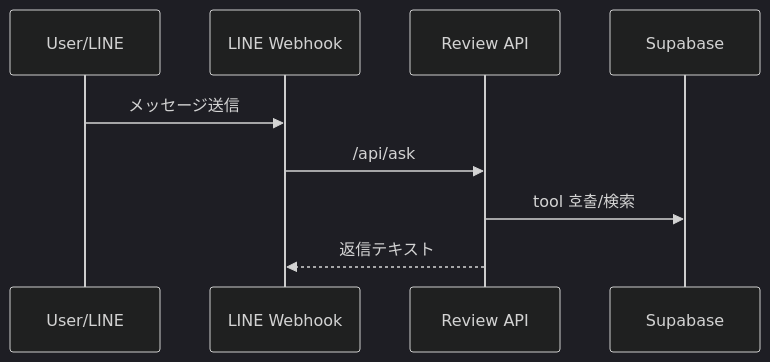
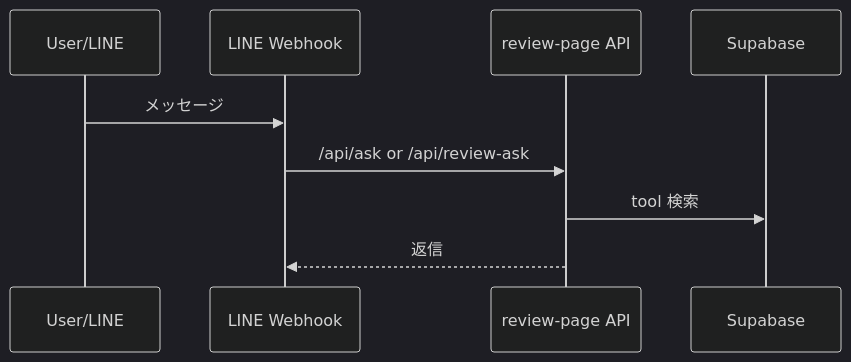
Before and after one commit to lego0509/campus-ai: the diagram in wiki/07-APIドキュメント.md, drawn with Mermaid (dark theme). The commit also changed other lines of this file and 36 other files, not shown here.

````diff
--- a/wiki/07-APIドキュメント.md
+++ b/wiki/07-APIドキュメント.md
@@ -5,11 +5,12 @@
 ```mermaid
 sequenceDiagram
   participant User as User/LINE
   participant Line as LINE Webhook
-  participant Review as Review API
+  participant Review as review-page API
   participant DB as Supabase
-  User->>Line: メッセージ送信
-  Line->>Review: /api/ask
-  Review->>DB: tool 호출/検索
-  Review-->>Line: 返信テキスト
+
+  User->>Line: メッセージ
+  Line->>Review: /api/ask or /api/review-ask
+  Review->>DB: tool 検索
+  Review-->>Line: 返信
 ```
````
